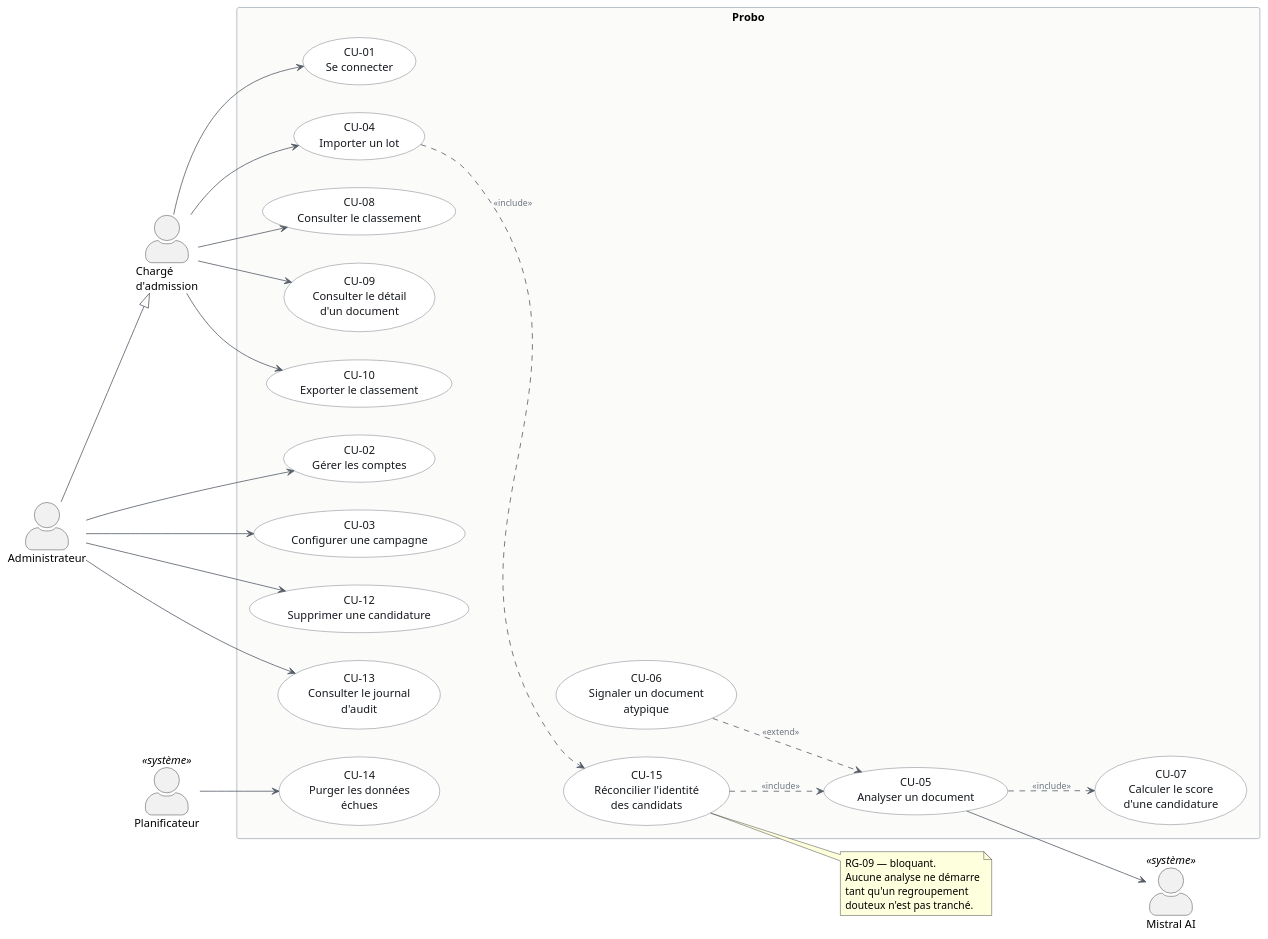
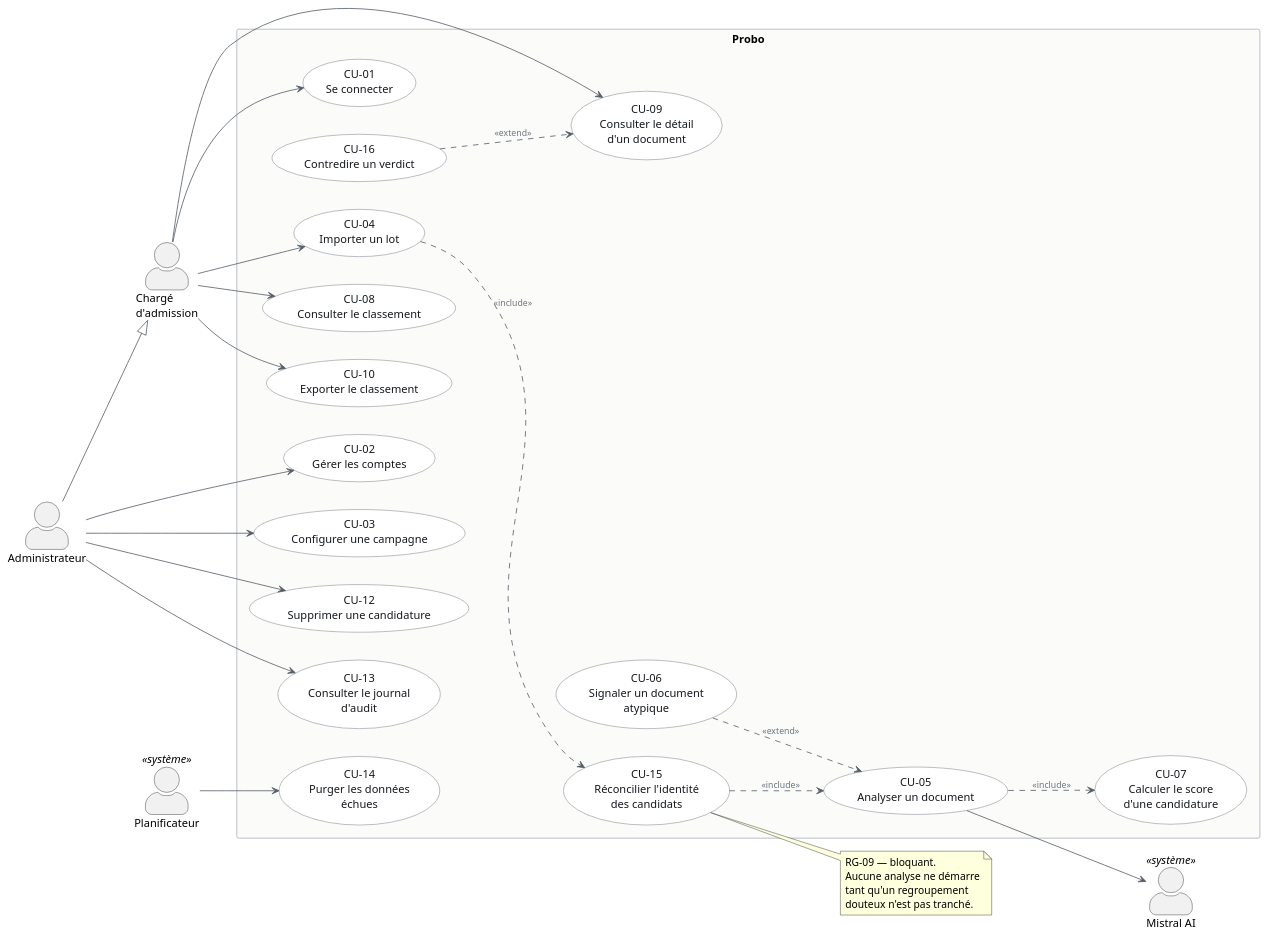
Before and after one commit to XamTV/Probo: the diagram in docs/conception/diagramme-cas-utilisation.puml, drawn with PlantUML. The commit also changed 12 other files, not shown here.

```diff
--- a/docs/conception/diagramme-cas-utilisation.puml
+++ b/docs/conception/diagramme-cas-utilisation.puml
@@ -1,85 +1,89 @@
 @startuml diagramme-cas-utilisation
 ' Probo — diagramme de cas d'utilisation
 ' Source : docs/analyse/cas-utilisation.md. Les deux se mettent à jour ensemble.
 ' CU-11 (import Drive) n'y figure pas : reporté hors périmètre v1 le 31/08/2026.
 
 left to right direction
 skinparam shadowing false
 skinparam defaultFontName Helvetica
 skinparam actorStyle awesome
 skinparam usecase {
   BackgroundColor #FFFFFF
   BorderColor #545C66
   FontColor #14181D
 }
 skinparam rectangle {
   BackgroundColor #FBFBFA
   BorderColor #A9B1BA
 }
 skinparam arrow {
   Color #545C66
   FontColor #6C757F
   FontSize 11
 }
 
 actor "Chargé\nd'admission" as CA
 actor "Administrateur" as AD
 actor "Planificateur" as PL <<système>>
 
 ' Acteur secondaire déclaré après le système : PlantUML le place à droite,
 ' du côté où il est sollicité, au lieu d'une diagonale en travers du schéma.
 
 ' L'administrateur hérite de tous les cas du chargé d'admission
 AD --|> CA
 
 rectangle "Probo" {
 
   usecase "CU-01\nSe connecter" as CU01
   usecase "CU-04\nImporter un lot" as CU04
   usecase "CU-15\nRéconcilier l'identité\ndes candidats" as CU15
   usecase "CU-05\nAnalyser un document" as CU05
   usecase "CU-06\nSignaler un document\natypique" as CU06
   usecase "CU-07\nCalculer le score\nd'une candidature" as CU07
   usecase "CU-08\nConsulter le classement" as CU08
   usecase "CU-09\nConsulter le détail\nd'un document" as CU09
+  usecase "CU-16\nContredire un verdict" as CU16
   usecase "CU-10\nExporter le classement" as CU10
 
   usecase "CU-02\nGérer les comptes" as CU02
   usecase "CU-03\nConfigurer une campagne" as CU03
   usecase "CU-12\nSupprimer une candidature" as CU12
   usecase "CU-13\nConsulter le journal\nd'audit" as CU13
   usecase "CU-14\nPurger les données\néchues" as CU14
 }
 
 CA --> CU01
 CA --> CU04
 CA --> CU08
 CA --> CU09
 CA --> CU10
 
 AD --> CU02
 AD --> CU03
 AD --> CU12
 AD --> CU13
 
 PL --> CU14
 
 ' L'import ne peut pas lancer l'analyse sans avoir levé les doutes d'identité (RG-09)
 CU04 ..> CU15 : <<include>>
 CU15 ..> CU05 : <<include>>
 CU05 ..> CU07 : <<include>>
 
 ' Le signalement n'a lieu que si le niveau 1 écarte le document (RG-01 à RG-03)
 CU06 ..> CU05 : <<extend>>
 
+' Contredire un verdict n'arrive que depuis la consultation d'un document atypique (RG-10)
+CU16 ..> CU09 : <<extend>>
+
 actor "Mistral AI" as IA <<système>>
 CU05 --> IA
 
 note right of CU15
   RG-09 — bloquant.
   Aucune analyse ne démarre
   tant qu'un regroupement
   douteux n'est pas tranché.
 end note
 
 @enduml
```
